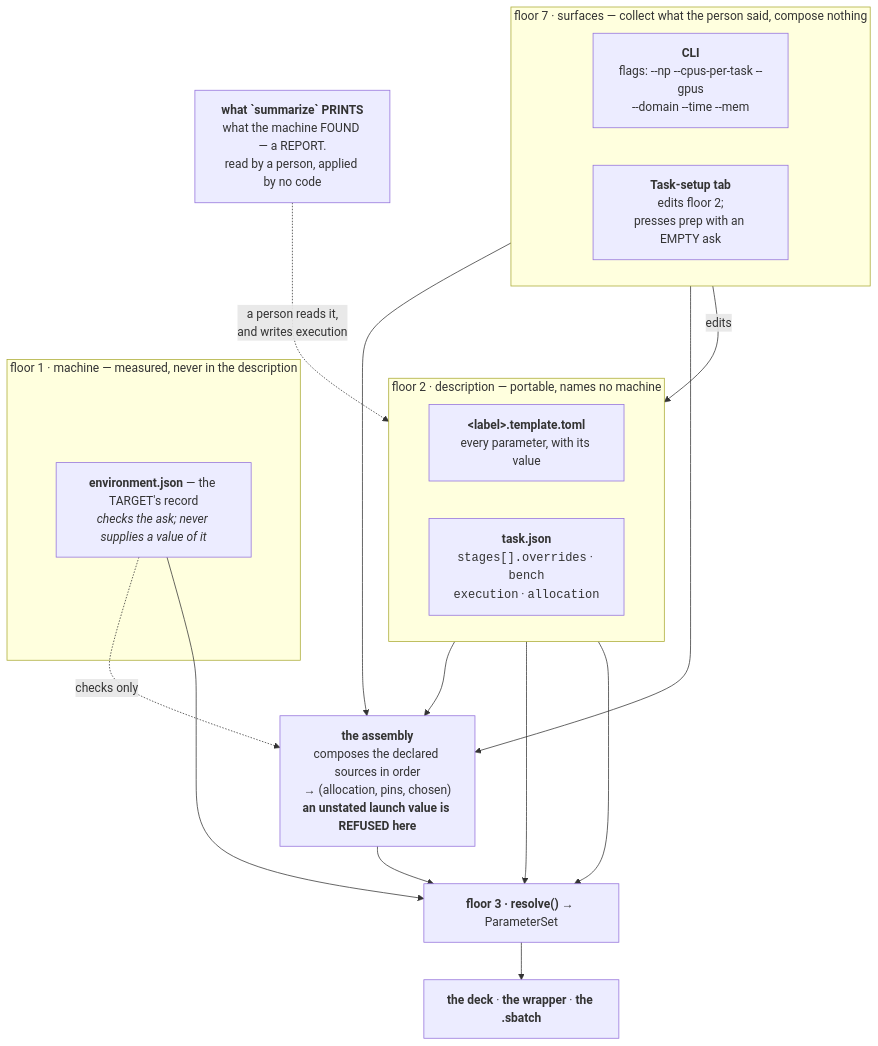
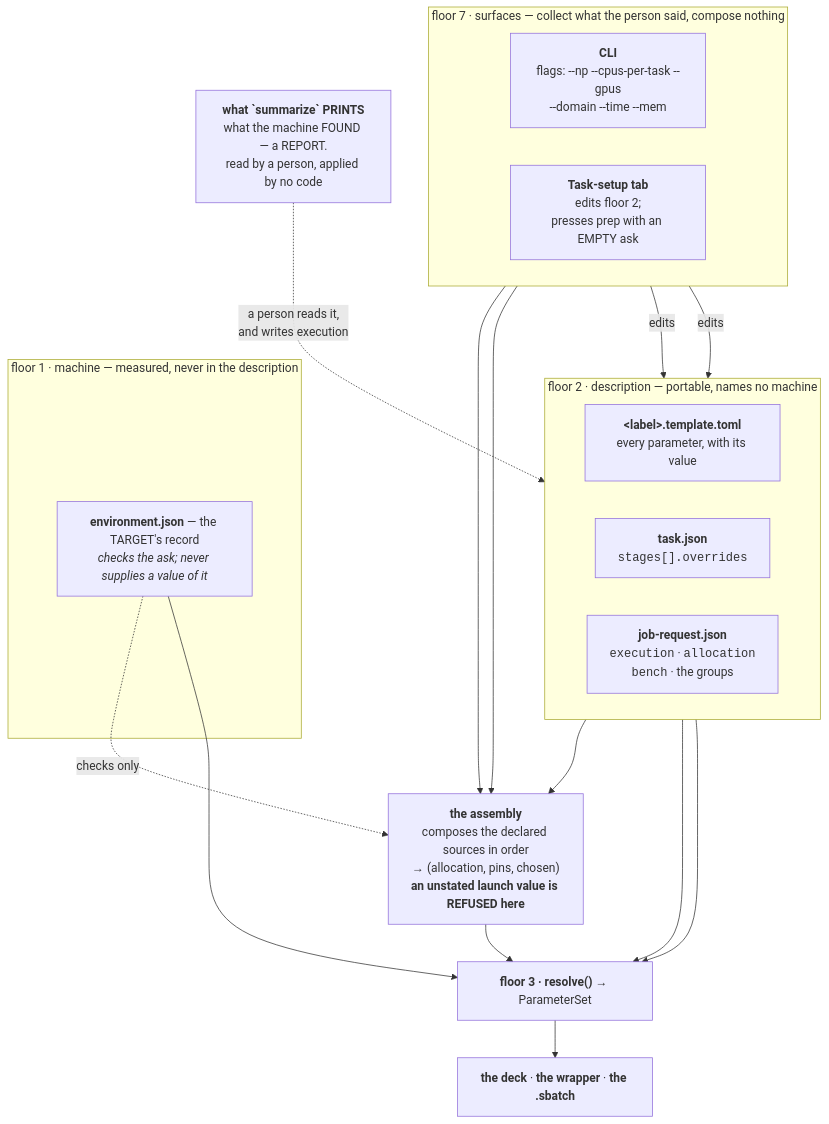
One commit to Qing-LAB/molbuilder changed the fifth of 10 diagrams in docs/execution/architecture.md. Above: the diagram before and after it, drawn with Mermaid. The commit also changed other lines of this file and 196 other files, not shown here.

````diff
--- a/docs/execution/architecture.md
+++ b/docs/execution/architecture.md
@@ -671,31 +666,33 @@
 ```mermaid
 flowchart TB
     subgraph SURF["floor 7 · surfaces — collect what the person said, compose nothing"]
         direction LR
         CLI["<b>CLI</b><br/>flags: --np --cpus-per-task --gpus<br/>--domain --time --mem"]
         WEB["<b>Task-setup tab</b><br/>edits floor 2;<br/>presses prep with an EMPTY ask"]
     end
     subgraph DESC["floor 2 · description — portable, names no machine"]
         direction LR
         TMPL["<b>&lt;label&gt;.template.toml</b><br/>every parameter, with its value"]
-        TASK["<b>task.json</b><br/><code>stages[].overrides</code> · <code>bench</code><br/><code>execution</code> · <code>allocation</code>"]
+        TASK["<b>task.json</b><br/><code>stages[].overrides</code>"]
+        JREQ["<b>job-request.json</b><br/><code>execution</code> · <code>allocation</code><br/><code>bench</code> · the groups"]
     end
     subgraph MACH["floor 1 · machine — measured, never in the description"]
         ENV["<b>environment.json</b> — the TARGET's record<br/><i>checks the ask; never supplies a value of it</i>"]
     end
     VERD["<b>what `summarize` PRINTS</b><br/>what the machine FOUND — a REPORT.<br/>read by a person, applied by no code"]
     ASM["<b>the assembly</b><br/>composes the declared sources in order<br/>→ (allocation, pins, chosen)<br/><b>an unstated launch value is REFUSED here</b>"]
     RES["<b>floor 3 · resolve()</b> → ParameterSet"]
     OUT["<b>the deck</b> · <b>the wrapper</b> · <b>the .sbatch</b>"]
     WEB -->|edits| TASK
+    WEB -->|edits| JREQ
     CLI --> ASM
     WEB --> ASM
-    TASK --> ASM
-    VERD -.->|"a person reads it,<br/>and writes execution"| TASK
+    JREQ --> ASM
+    VERD -.->|"a person reads it,<br/>and writes execution"| JREQ
     ENV -.->|"checks only"| ASM
     ASM --> RES
     TMPL --> RES
     TASK --> RES
     ENV --> RES
     RES --> OUT
 ```
````
